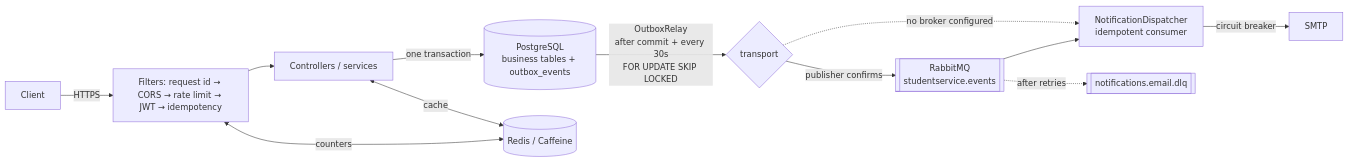
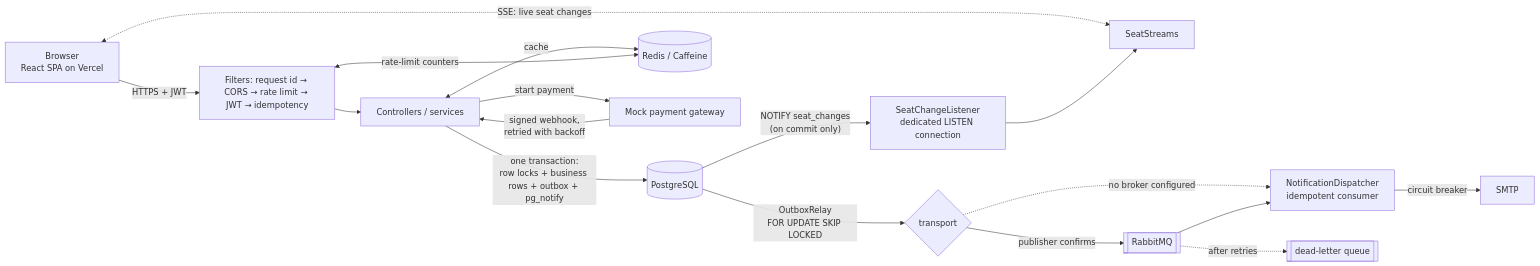
One commit to MohantyBarun/course-enrollment-service changed the diagram in README.md. Above: the diagram before and after it, drawn with Mermaid. The commit also changed other lines of this file and 1 other file, not shown here.

First line of the commit message:
Rewrite the README for SeatSure; fix the System page's seat-hold timer

````diff
--- a/README.md
+++ b/README.md
@@ -50,14 +41,19 @@
 ```mermaid
 flowchart LR
-    C[Client] -->|HTTPS| F["Filters: request id → CORS → rate limit → JWT → idempotency"]
-    F --> S[Controllers / services]
-    S -->|"one transaction"| DB[(PostgreSQL<br/>business tables + outbox_events)]
-    S <-->|cache| R[(Redis / Caffeine)]
-    F <-->|counters| R
-    DB -->|"OutboxRelay<br/>after commit + every 30s<br/>FOR UPDATE SKIP LOCKED"| T{transport}
-    T -->|"publisher confirms"| MQ[[RabbitMQ<br/>studentservice.events]]
-    T -.->|"no broker configured"| N
-    MQ --> N["NotificationDispatcher<br/>idempotent consumer"]
-    MQ -.->|"after retries"| DLQ[[notifications.email.dlq]]
-    N -->|"circuit breaker"| SMTP[SMTP]
+    B[Browser<br/>React SPA on Vercel] -->|HTTPS + JWT| F["Filters: request id → CORS → rate limit → JWT → idempotency"]
+    B <-.->|"SSE: live seat changes"| SSE[SeatStreams]
+    F --> API[Controllers / services]
+    API -->|"one transaction:<br/>row locks + business rows + outbox + pg_notify"| DB[(PostgreSQL)]
+    API <-->|cache| R[(Redis / Caffeine)]
+    F <-->|rate-limit counters| R
+    DB -->|"NOTIFY seat_changes<br/>(on commit only)"| L[SeatChangeListener<br/>dedicated LISTEN connection]
+    L --> SSE
+    API -->|start payment| GW[Mock payment gateway]
+    GW -->|"signed webhook,<br/>retried with backoff"| API
+    DB -->|"OutboxRelay<br/>FOR UPDATE SKIP LOCKED"| T{transport}
+    T -->|publisher confirms| MQ[[RabbitMQ]]
+    T -.->|no broker configured| N
+    MQ --> N[NotificationDispatcher<br/>idempotent consumer]
+    MQ -.->|after retries| DLQ[[dead-letter queue]]
+    N -->|circuit breaker| SMTP[SMTP]
 ```
````
